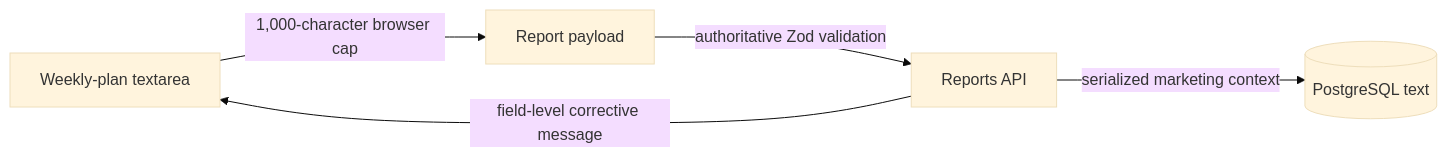
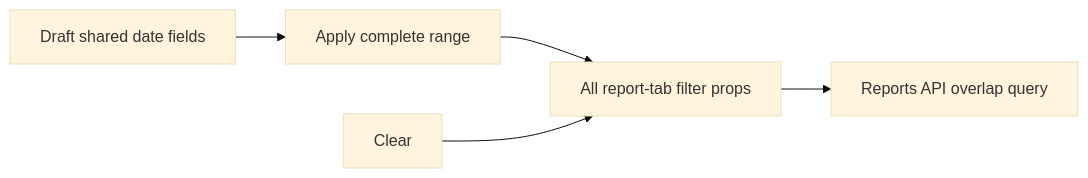
Before and after one commit to may24fc/sn-connect-app: the diagram in docs/features/marketing-reporting/optimization.md, drawn with Mermaid (base theme). The commit also changed other lines of this file and 13 other files, not shown here.

Commit message:
feat(reports): share custom date range filters

````diff
--- a/docs/features/marketing-reporting/optimization.md
+++ b/docs/features/marketing-reporting/optimization.md
@@ -34,7 +45,7 @@
 ```mermaid
 flowchart LR
-    A[Weekly-plan textarea] -->|1,000-character browser cap| B[Report payload]
-    B -->|authoritative Zod validation| C[Reports API]
-    C -->|serialized marketing context| D[(PostgreSQL text)]
-    C -->|field-level corrective message| A
+    D[Draft shared date fields] --> A[Apply complete range]
+    A --> P[All report-tab filter props]
+    P --> R[Reports API overlap query]
+    C[Clear] --> P
 ```
````
